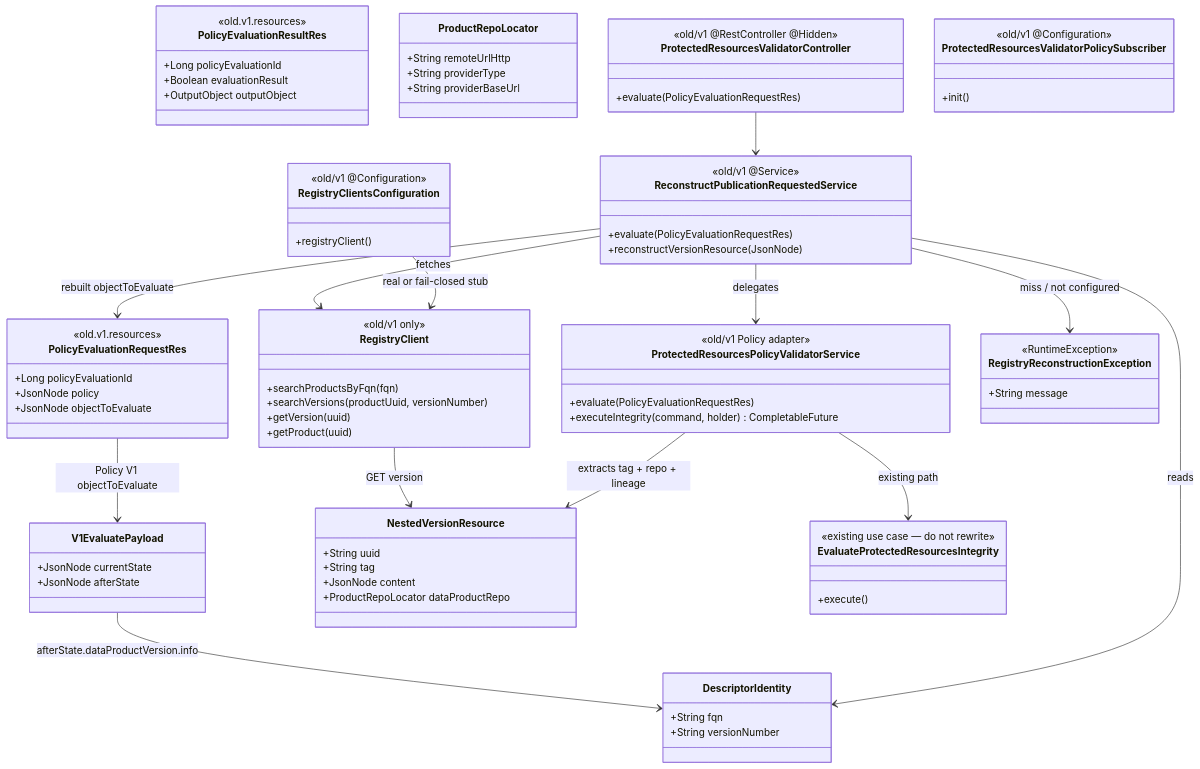
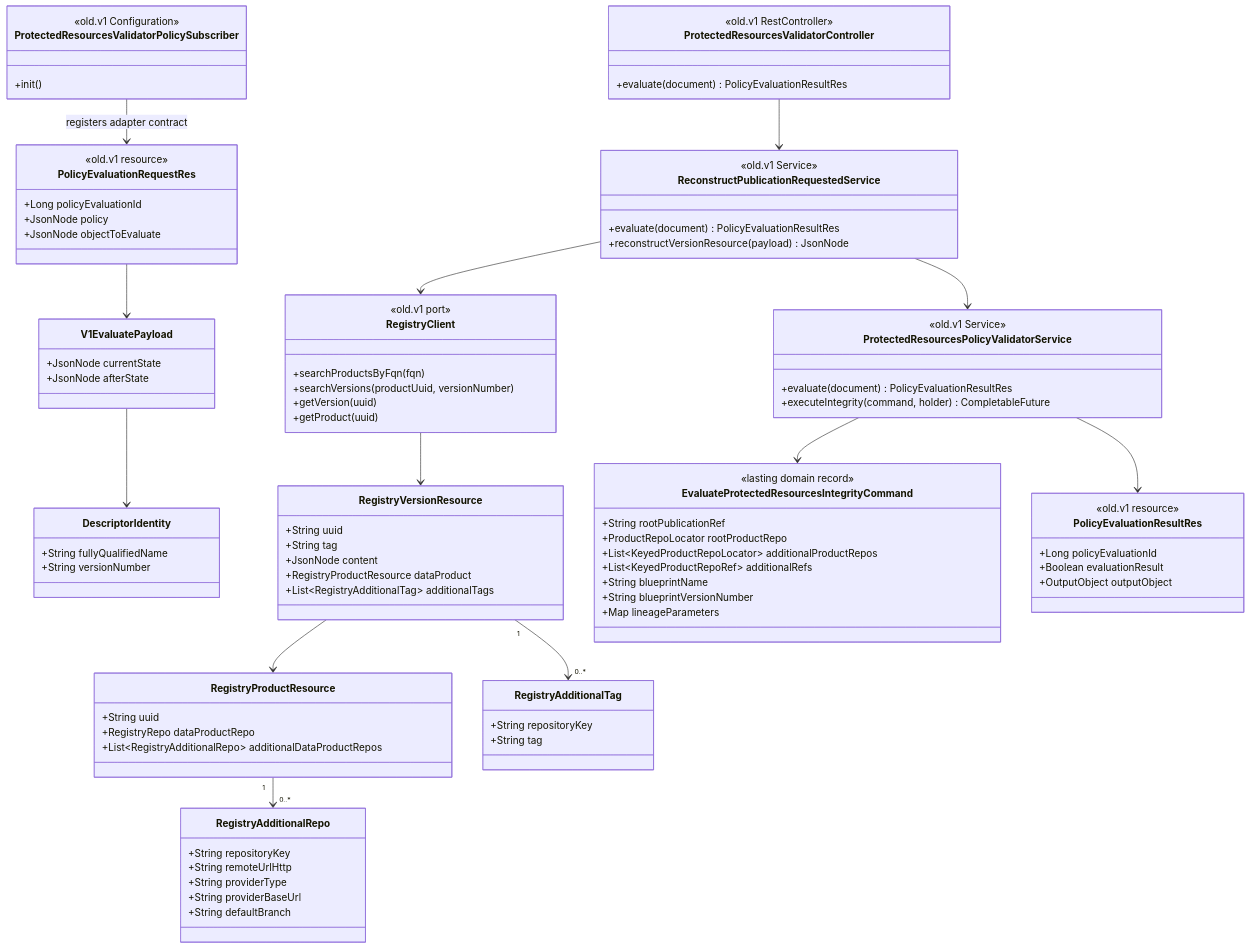
The diagram in spdd/prompt/BDMD-5124-202608241546-[Feat]-service-v1-protected-resources-policy-adapter.md (opendatamesh-initiative/odm-platform-pp-blueprint-server), drawn with Mermaid before and after one commit. The commit also changed other lines of this file and 9 other files, not shown here.

Commit message:
docs: align protected resources design

````diff
--- a/spdd/prompt/BDMD-5124-202608241546-[Feat]-service-v1-protected-resources-policy-adapter.md
+++ b/spdd/prompt/BDMD-5124-202608241546-[Feat]-service-v1-protected-resources-policy-adapter.md
@@ -12,99 +19,109 @@
 ```mermaid
 classDiagram
-  direction TB
+direction TB
 
-  class PolicyEvaluationRequestRes {
-    <<old.v1.resources>>
-    +Long policyEvaluationId
-    +JsonNode policy
-    +JsonNode objectToEvaluate
-  }
+class PolicyEvaluationRequestRes {
+  <<old.v1 resource>>
+  +Long policyEvaluationId
+  +JsonNode policy
+  +JsonNode objectToEvaluate
+}
 
-  class PolicyEvaluationResultRes {
-    <<old.v1.resources>>
-    +Long policyEvaluationId
-    +Boolean evaluationResult
-    +OutputObject outputObject
-  }
+class PolicyEvaluationResultRes {
+  <<old.v1 resource>>
+  +Long policyEvaluationId
+  +Boolean evaluationResult
+  +OutputObject outputObject
+}
 
-  class V1EvaluatePayload {
-    +JsonNode currentState
-    +JsonNode afterState
-  }
+class V1EvaluatePayload {
+  +JsonNode currentState
+  +JsonNode afterState
+}
 
-  class DescriptorIdentity {
-    +String fqn
-    +String versionNumber
-  }
+class DescriptorIdentity {
+  +String fullyQualifiedName
+  +String versionNumber
+}
 
-  class NestedVersionResource {
-    +String uuid
-    +String tag
-    +JsonNode content
-    +ProductRepoLocator dataProductRepo
-  }
+class RegistryVersionResource {
+  +String uuid
+  +String tag
+  +JsonNode content
+  +RegistryProductResource dataProduct
+  +List~RegistryAdditionalTag~ additionalTags
+}
 
-  class ProductRepoLocator {
-    +String remoteUrlHttp
-    +String providerType
-    +String providerBaseUrl
-  }
+class RegistryProductResource {
+  +String uuid
+  +RegistryRepo dataProductRepo
+  +List~RegistryAdditionalRepo~ additionalDataProductRepos
+}
 
-  class EvaluateProtectedResourcesIntegrity {
-    <<existing use case — do not rewrite>>
-    +execute()
-  }
+class RegistryAdditionalRepo {
+  +String repositoryKey
+  +String remoteUrlHttp
+  +String providerType
+  +String providerBaseUrl
+  +String defaultBranch
+}
 
-  class ProtectedResourcesPolicyValidatorService {
-    <<old/v1 Policy adapter>>
-    +evaluate(PolicyEvaluationRequestRes)
-    +executeIntegrity(command, holder) CompletableFuture
-  }
+class RegistryAdditionalTag {
+  +String repositoryKey
+  +String tag
+}
 
-  class ReconstructPublicationRequestedService {
-    <<old/v1 @Service>>
-    +evaluate(PolicyEvaluationRequestRes)
-    +reconstructVersionResource(JsonNode)
-  }
+class ReconstructPublicationRequestedService {
+  <<old.v1 Service>>
+  +evaluate(document) PolicyEvaluationResultRes
+  +reconstructVersionResource(payload) JsonNode
+}
 
-  class ProtectedResourcesValidatorController {
-    <<old/v1 @RestController @Hidden>>
-    +evaluate(PolicyEvaluationRequestRes)
-  }
+class RegistryClient {
+  <<old.v1 port>>
+  +searchProductsByFqn(fqn)
+  +searchVersions(productUuid, versionNumber)
+  +getVersion(uuid)
+  +getProduct(uuid)
+}
 
-  class ProtectedResourcesValidatorPolicySubscriber {
-    <<old/v1 @Configuration>>
-    +init()
-  }
+class ProtectedResourcesPolicyValidatorService {
+  <<old.v1 Service>>
+  +evaluate(document) PolicyEvaluationResultRes
+  +executeIntegrity(command, holder) CompletableFuture
+}
 
-  class RegistryClient {
-    <<old/v1 only>>
-    +searchProductsByFqn(fqn)
-    +searchVersions(productUuid, versionNumber)
-    +getVersion(uuid)
-    +getProduct(uuid)
-  }
+class EvaluateProtectedResourcesIntegrityCommand {
+  <<lasting domain record>>
+  +String rootPublicationRef
+  +ProductRepoLocator rootProductRepo
+  +List~KeyedProductRepoLocator~ additionalProductRepos
+  +List~KeyedProductRepoRef~ additionalRefs
+  +String blueprintName
+  +String blueprintVersionNumber
+  +Map lineageParameters
+}
 
-  class RegistryClientsConfiguration {
-    <<old/v1 @Configuration>>
-    +registryClient()
-  }
+class ProtectedResourcesValidatorController {
+  <<old.v1 RestController>>
+  +evaluate(document) PolicyEvaluationResultRes
+}
 
-  class RegistryReconstructionException {
-    <<RuntimeException>>
-    +String message
-  }
+class ProtectedResourcesValidatorPolicySubscriber {
+  <<old.v1 Configuration>>
+  +init()
+}
 
-  PolicyEvaluationRequestRes --> V1EvaluatePayload : Policy V1 objectToEvaluate
-  V1EvaluatePayload --> DescriptorIdentity : afterState.dataProductVersion.info
-  ProtectedResourcesValidatorController --> ReconstructPublicationRequestedService
-  ReconstructPublicationRequestedService --> DescriptorIdentity : reads
-  ReconstructPublicationRequestedService --> RegistryClient : fetches
-  ReconstructPublicationRequestedService --> RegistryReconstructionException : miss / not configured
-  RegistryClientsConfiguration --> RegistryClient : real or fail-closed stub
-  RegistryClient --> NestedVersionResource : GET version
-  ReconstructPublicationRequestedService --> PolicyEvaluationRequestRes : rebuilt objectToEvaluate
-  ReconstructPublicationRequestedService --> ProtectedResourcesPolicyValidatorService : delegates
-  ProtectedResourcesPolicyValidatorService --> NestedVersionResource : extracts tag + repo + lineage
-  ProtectedResourcesPolicyValidatorService --> EvaluateProtectedResourcesIntegrity : existing path
+PolicyEvaluationRequestRes --> V1EvaluatePayload
+V1EvaluatePayload --> DescriptorIdentity
+ProtectedResourcesValidatorController --> ReconstructPublicationRequestedService
+ReconstructPublicationRequestedService --> RegistryClient
+RegistryClient --> RegistryVersionResource
+RegistryVersionResource --> RegistryProductResource
+RegistryProductResource "1" --> "0..*" RegistryAdditionalRepo
+RegistryVersionResource "1" --> "0..*" RegistryAdditionalTag
+ReconstructPublicationRequestedService --> ProtectedResourcesPolicyValidatorService
+ProtectedResourcesPolicyValidatorService --> EvaluateProtectedResourcesIntegrityCommand
+ProtectedResourcesPolicyValidatorService --> PolicyEvaluationResultRes
+ProtectedResourcesValidatorPolicySubscriber --> PolicyEvaluationRequestRes : registers adapter contract
 ```
````
